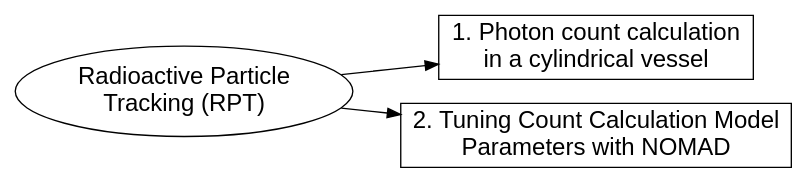
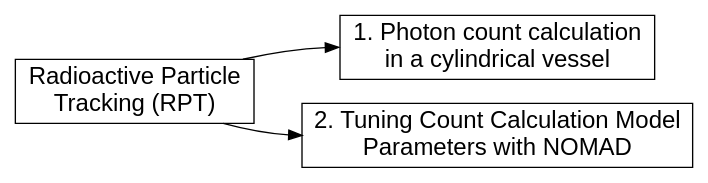
The diagram in doc/source/examples/rpt/rpt.rst (chaos-polymtl/lethe), drawn with Graphviz before and after one commit. The commit also changed other lines of this file and 5 other files, not shown here.

```diff
--- a/doc/source/examples/rpt/rpt.rst
+++ b/doc/source/examples/rpt/rpt.rst
@@ -13,20 +14,20 @@
 .. graphviz:: 
 
     digraph rpt_diagram {
       graph [align=true];
-      node [fontname=Arial, fontsize=18];
+      node [fontname=Arial, fontsize=18, shape=box];
       center=true;
       fontname="Comic Sans MS";
       fontsize = "20";
       rankdir="LR";
       size = "9,9";
       
       rpt [label="Radioactive Particle \nTracking (RPT)", href="https://lethe-cfd.github.io/lethe/examples/rpt/rpt.html"];
 
-      rpt_1 [label="1. Photon count calculation \nin a cylindrical vessel",shape=polygon,sides=4, color=black, href="https://lethe-cfd.github.io/lethe/examples/rpt/photon-count-calculation-in-a-cylindrical-vessel/photon-count-calculation-in-a-cylindrical-vessel.html"]; 
+      rpt_1 [label="1. Photon count calculation \nin a cylindrical vessel", color=black, href="https://lethe-cfd.github.io/lethe/examples/rpt/photon-count-calculation-in-a-cylindrical-vessel/photon-count-calculation-in-a-cylindrical-vessel.html"]; 
 
-      rpt_2 [label="2. Tuning Count Calculation Model \nParameters with NOMAD",shape=polygon,sides=4, color=black, href="https://lethe-cfd.github.io/lethe/examples/rpt/tuning-parameters-with-nomad/tuning-parameters-with-nomad.html"]; 
+      rpt_2 [label="2. Tuning Count Calculation Model \nParameters with NOMAD", color=black, href="https://lethe-cfd.github.io/lethe/examples/rpt/tuning-parameters-with-nomad/tuning-parameters-with-nomad.html"]; 
 
-      rpt -> rpt_1;
-      rpt -> rpt_2;  
+      rpt -> rpt_1:w;
+      rpt -> rpt_2:w;  
     }
```
